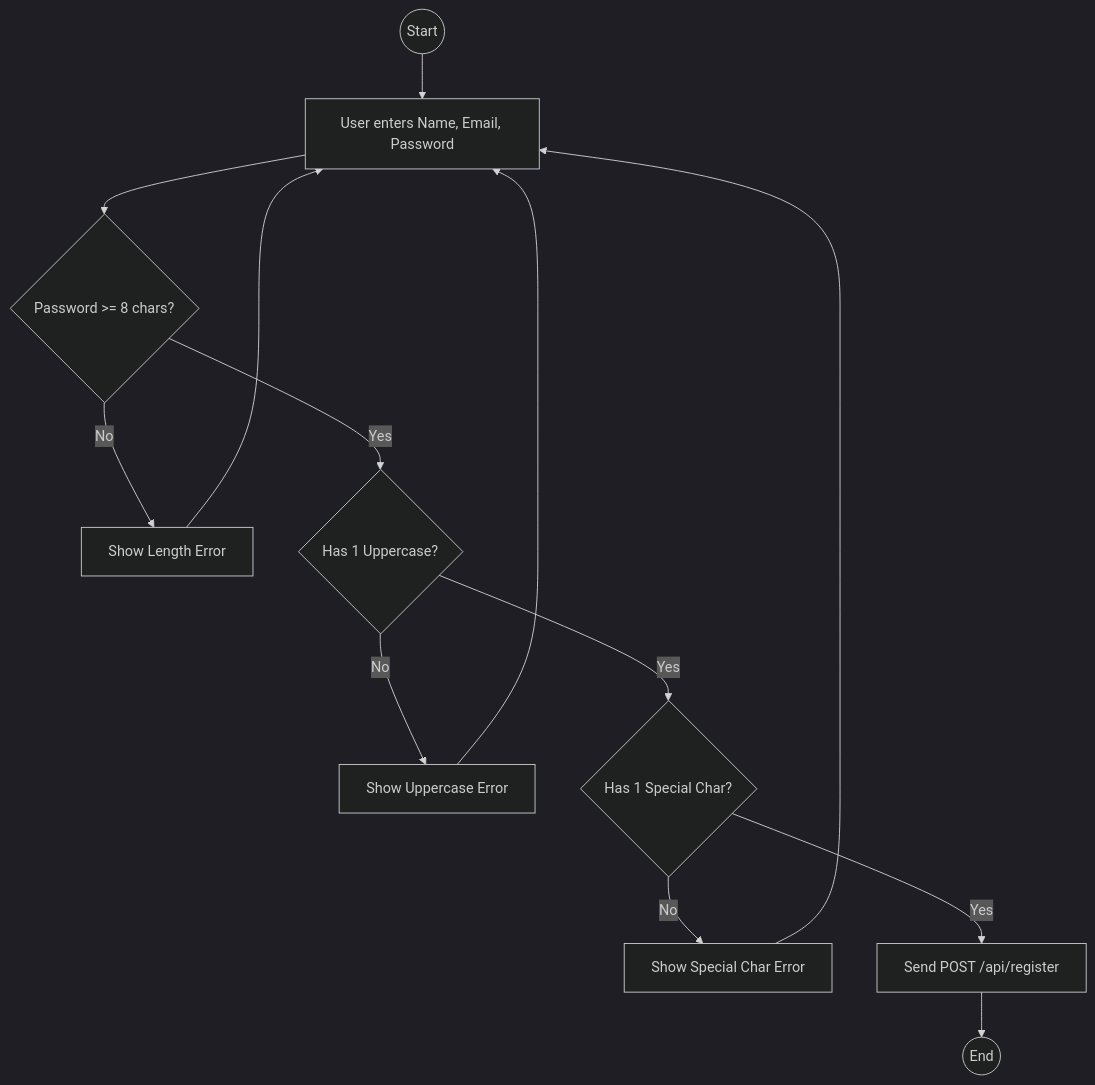
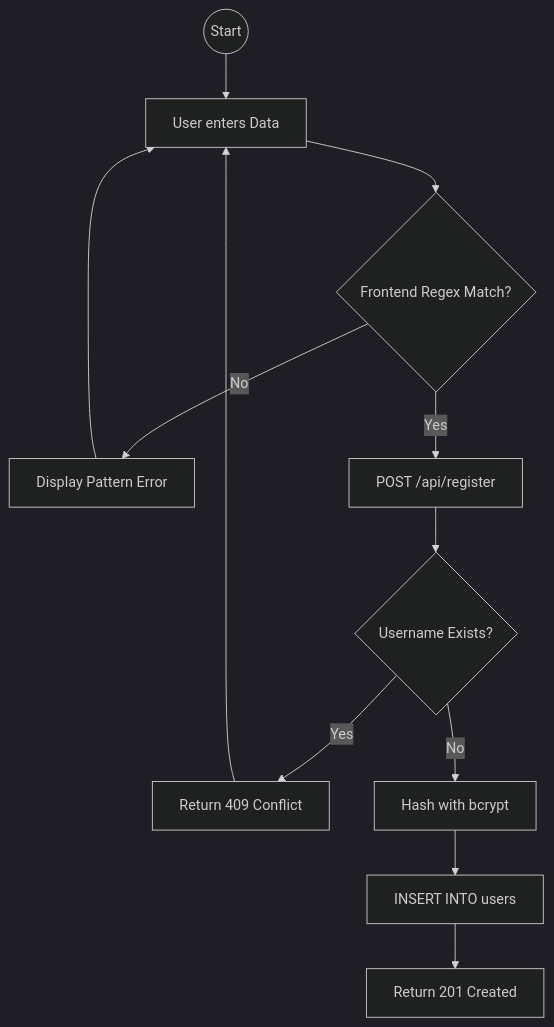
The diagram in Documentation/register/register-design.md (Kaifyuu/Kaify-Uni), drawn with Mermaid (dark theme) before and after one commit. The commit also changed other lines of this file and 8 other files, not shown here.

Commit message:
docs: synchronize README and technical documentation with current architecture and security features

````diff
--- a/Documentation/register/register-design.md
+++ b/Documentation/register/register-design.md
@@ -13,18 +11,17 @@
 ```mermaid
 flowchart TD
-    Start((Start)) --> Input[User enters Name, Email, Password]
-    Input --> ValLength{Password >= 8 chars?}
-    ValLength -- No --> Err1[Show Length Error]
-    ValLength -- Yes --> ValUpper{Has 1 Uppercase?}
+    Start((Start)) --> Input[User enters Data]
+    Input --> ValFrontend{Frontend Regex Match?}
+    ValFrontend -- No --> Err1[Display Pattern Error]
+    ValFrontend -- Yes --> Post[POST /api/register]
     
-    ValUpper -- No --> Err2[Show Uppercase Error]
-    ValUpper -- Yes --> ValSpec{Has 1 Special Char?}
+    Post --> CheckDB{Username Exists?}
+    CheckDB -- Yes --> Err2[Return 409 Conflict]
+    CheckDB -- No --> Hash[Hash with bcrypt]
     
-    ValSpec -- No --> Err3[Show Special Char Error]
-    ValSpec -- Yes --> Submit[Send POST /api/register]
+    Hash --> Save[INSERT INTO users]
+    Save --> Success[Return 201 Created]
     
     Err1 --> Input
     Err2 --> Input
-    Err3 --> Input
-    Submit --> End((End))
 ```
````
